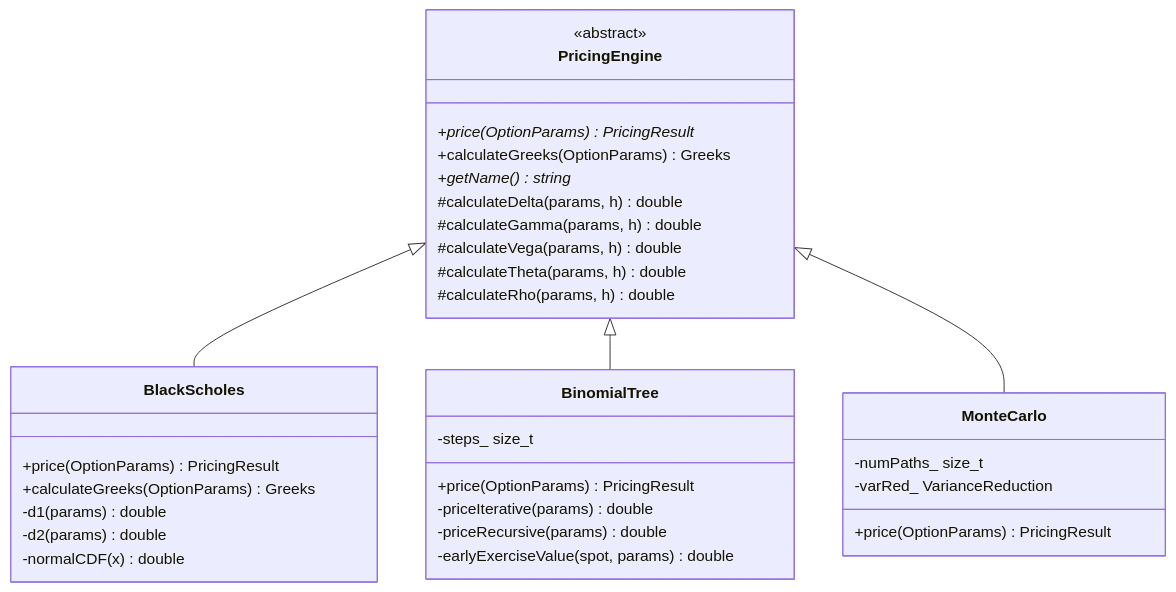
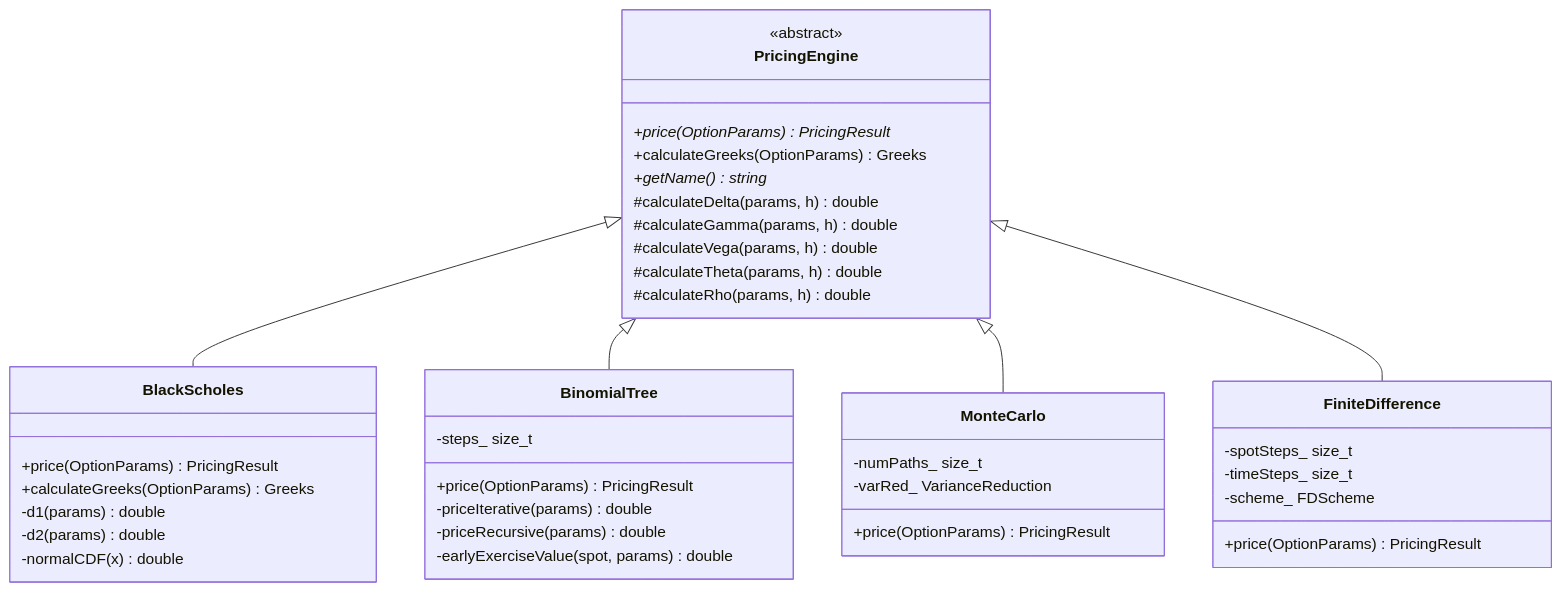
One commit to jackthepunished/option-converge changed the diagram in README.md. Above: the diagram before and after it, drawn with Mermaid. The commit also changed other lines of this file and 2 other files, not shown here.

First line of the commit message:
README accuracy pass: current claims, full diagram, embedded plots (#22)

````diff
--- a/README.md
+++ b/README.md
@@ -123,40 +126,48 @@
 ```mermaid
 classDiagram
     class PricingEngine {
         <<abstract>>
         +price(OptionParams) PricingResult*
         +calculateGreeks(OptionParams) Greeks
         +getName() string*
         #calculateDelta(params, h) double
         #calculateGamma(params, h) double
         #calculateVega(params, h) double
         #calculateTheta(params, h) double
         #calculateRho(params, h) double
     }
 
     class BlackScholes {
         +price(OptionParams) PricingResult
         +calculateGreeks(OptionParams) Greeks
         -d1(params) double
         -d2(params) double
         -normalCDF(x) double
     }
 
     class BinomialTree {
         -steps_ size_t
         +price(OptionParams) PricingResult
         -priceIterative(params) double
         -priceRecursive(params) double
         -earlyExerciseValue(spot, params) double
     }
 
     class MonteCarlo {
         -numPaths_ size_t
         -varRed_ VarianceReduction
         +price(OptionParams) PricingResult
     }
 
+    class FiniteDifference {
+        -spotSteps_ size_t
+        -timeSteps_ size_t
+        -scheme_ FDScheme
+        +price(OptionParams) PricingResult
+    }
+
     PricingEngine <|-- BlackScholes
     PricingEngine <|-- BinomialTree
     PricingEngine <|-- MonteCarlo
+    PricingEngine <|-- FiniteDifference
 ```
````
